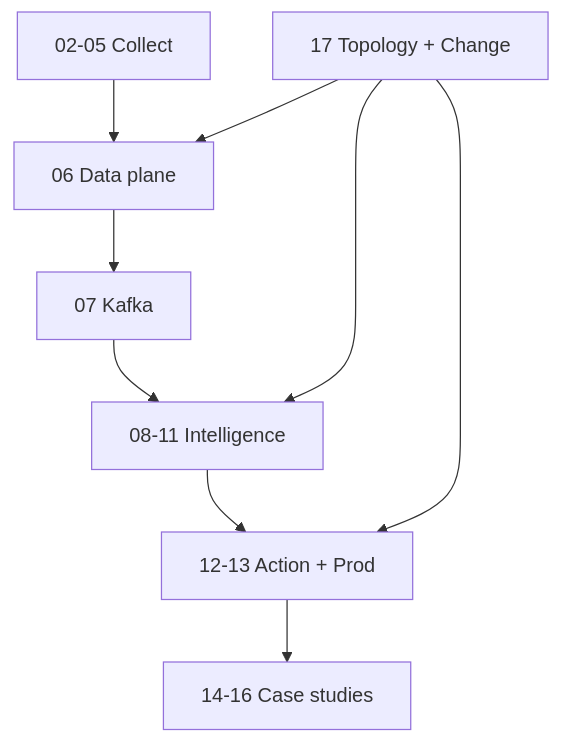
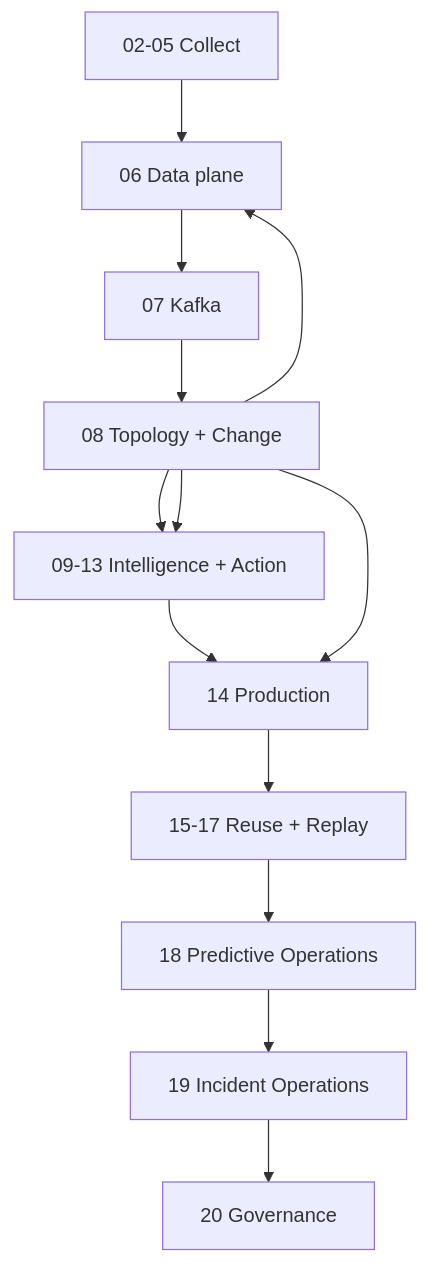
Before and after one commit to XUanhoa04/aiops-engineering-handbook: the diagram in docs/CURRICULUM.md, drawn with Mermaid. The commit also changed other lines of this file and 71 other files, not shown here.

Commit message:
docs: add predictive incident and governance engines

````diff
--- a/docs/CURRICULUM.md
+++ b/docs/CURRICULUM.md
@@ -25,11 +25,15 @@
 ```mermaid
 graph TD
     C[02-05 Collect] --> DP[06 Data plane]
     DP --> K[07 Kafka]
-    K --> I[08-11 Intelligence]
-    I --> A[12-13 Action + Prod]
-    A --> CS[14-16 Case studies]
-    TC[17 Topology + Change] --> DP
+    K --> TC[08 Topology + Change]
+    TC --> I[09-13 Intelligence + Action]
+    I --> A[14 Production]
+    A --> CS[15-17 Reuse + Replay]
+    CS --> P[18 Predictive Operations]
+    P --> O[19 Incident Operations]
+    O --> G[20 Governance]
+    TC --> DP
     TC --> I
     TC --> A
 ```
````
